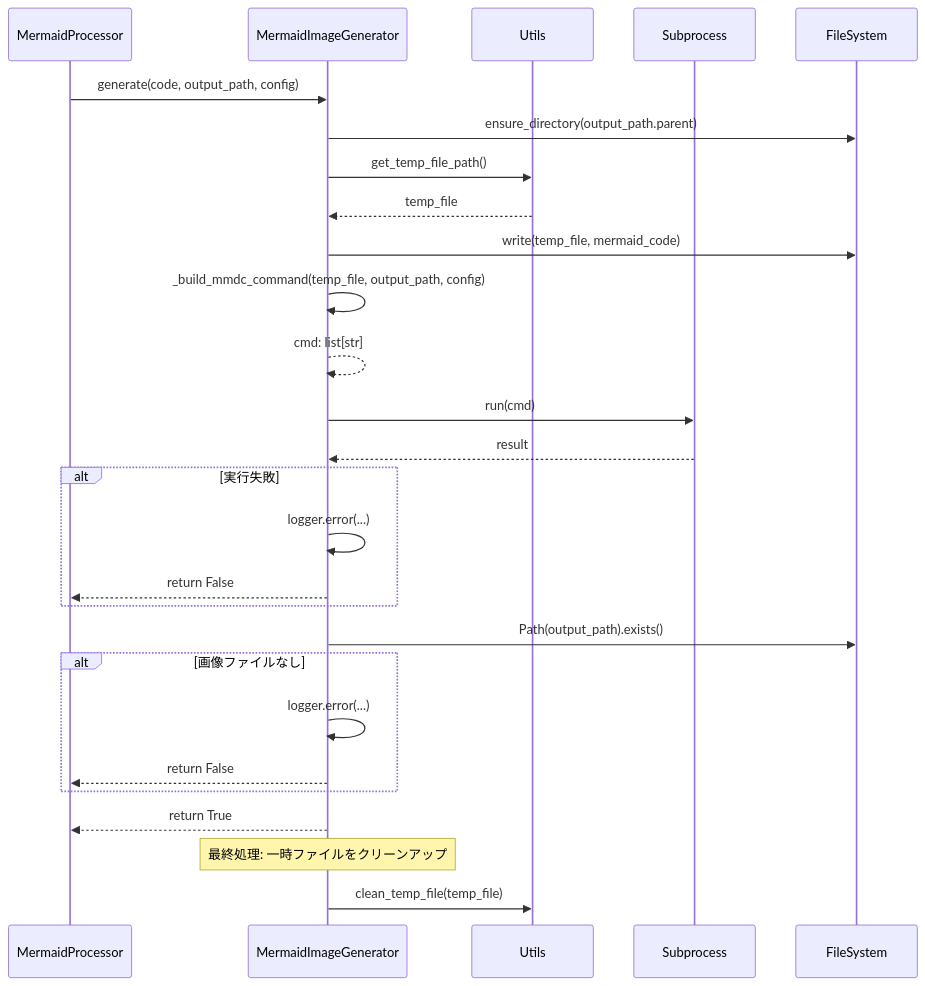
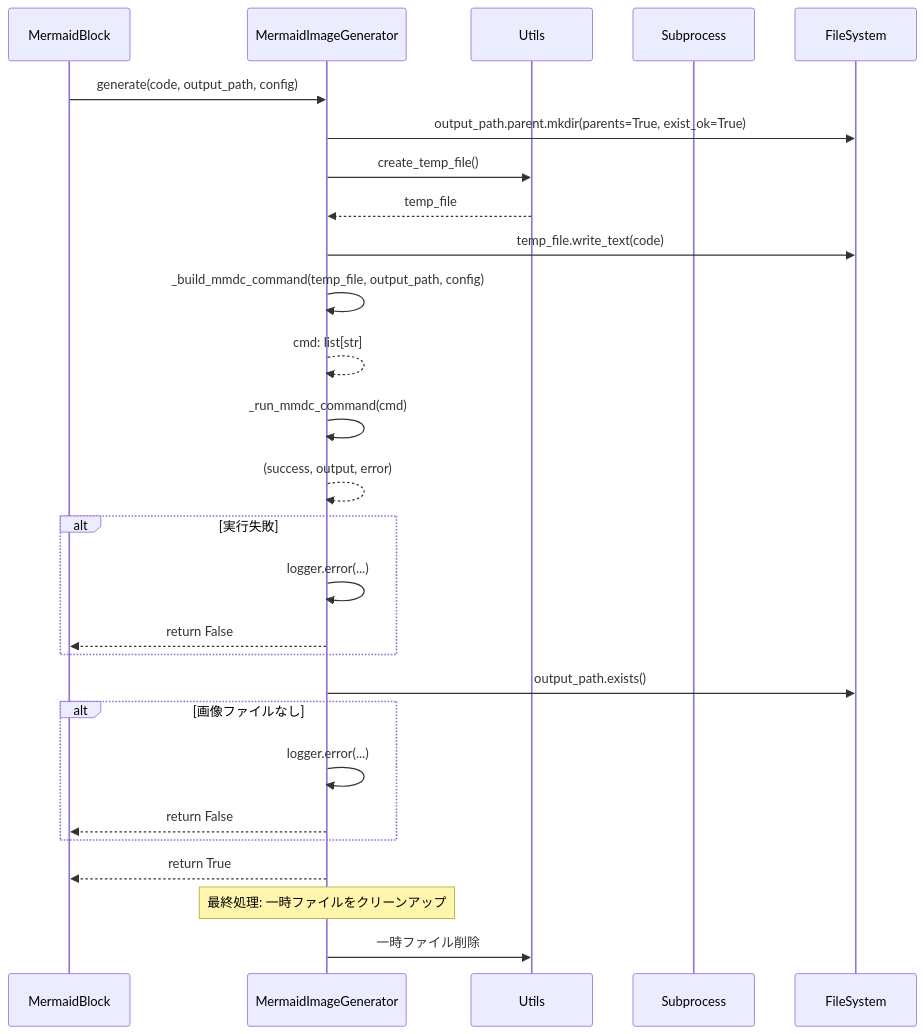
One commit to nuitsjp/mkdocs-mermaid-to-svg changed the sixth of 7 diagrams in docs/architecture.md. Above: the diagram before and after it, drawn with Mermaid. The commit also changed other lines of this file, not shown here.

````diff
--- a/docs/architecture.md
+++ b/docs/architecture.md
@@ -220,39 +261,39 @@
 ```mermaid
 sequenceDiagram
-    participant Proc as MermaidProcessor
+    participant Block as MermaidBlock
     participant ImgGen as MermaidImageGenerator
     participant Utils
     participant Subprocess
     participant FileSystem
 
-    Proc->>ImgGen: generate(code, output_path, config)
+    Block->>ImgGen: generate(code, output_path, config)
 
-    ImgGen->>FileSystem: ensure_directory(output_path.parent)
+    ImgGen->>FileSystem: output_path.parent.mkdir(parents=True, exist_ok=True)
 
-    ImgGen->>Utils: get_temp_file_path()
+    ImgGen->>Utils: create_temp_file()
     Utils-->>ImgGen: temp_file
 
-    ImgGen->>FileSystem: write(temp_file, mermaid_code)
+    ImgGen->>FileSystem: temp_file.write_text(code)
 
     ImgGen->>ImgGen: _build_mmdc_command(temp_file, output_path, config)
     ImgGen-->>ImgGen: cmd: list[str]
 
-    ImgGen->>Subprocess: run(cmd)
-    Subprocess-->>ImgGen: result
+    ImgGen->>ImgGen: _run_mmdc_command(cmd)
+    ImgGen-->>ImgGen: (success, output, error)
 
     alt 実行失敗
         ImgGen->>ImgGen: logger.error(...)
-        ImgGen-->>Proc: return False
+        ImgGen-->>Block: return False
     end
 
-    ImgGen->>FileSystem: Path(output_path).exists()
+    ImgGen->>FileSystem: output_path.exists()
     alt 画像ファイルなし
         ImgGen->>ImgGen: logger.error(...)
-        ImgGen-->>Proc: return False
+        ImgGen-->>Block: return False
     end
 
-    ImgGen-->>Proc: return True
+    ImgGen-->>Block: return True
 
     note over ImgGen: 最終処理: 一時ファイルをクリーンアップ
-    ImgGen->>Utils: clean_temp_file(temp_file)
+    ImgGen->>Utils: 一時ファイル削除
 ```
````
